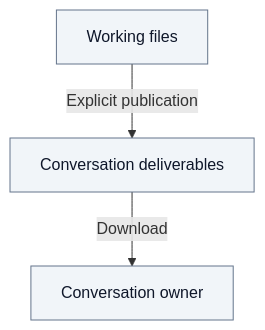
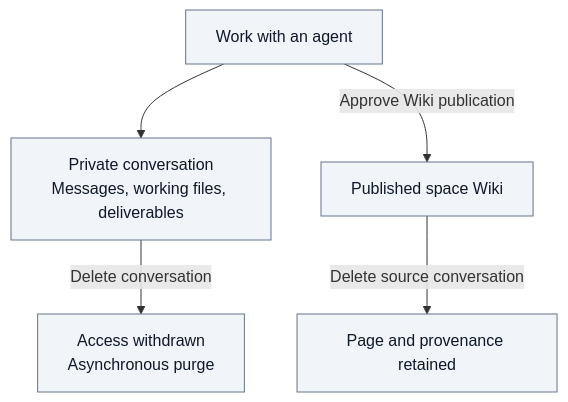
Before and after one commit to ThalesGroup/fred: the second of 2 diagrams in docs/architecture/05-documents.md, drawn with Mermaid. The commit also changed other lines of this file and 3 other files, not shown here.

````diff
--- a/docs/architecture/05-documents.md
+++ b/docs/architecture/05-documents.md
@@ -72,7 +72,9 @@
 ```mermaid
 flowchart TB
-    work["Working files"] -->|"Explicit publication"| delivery["Conversation deliverables"]
-    delivery -->|"Download"| owner["Conversation owner"]
+    work["Work with an agent"] --> private["Private conversation<br/>Messages, working files, deliverables"]
+    work -->|"Approve Wiki publication"| wiki["Published space Wiki"]
+    private -->|"Delete conversation"| purge["Access withdrawn<br/>Asynchronous purge"]
+    wiki -->|"Delete source conversation"| kept["Page and provenance retained"]
     classDef neutral fill:#F1F5F9,stroke:#64748B,color:#0F172A
-    class work,delivery,owner neutral
+    class work,private,wiki,purge,kept neutral
 ```
````
